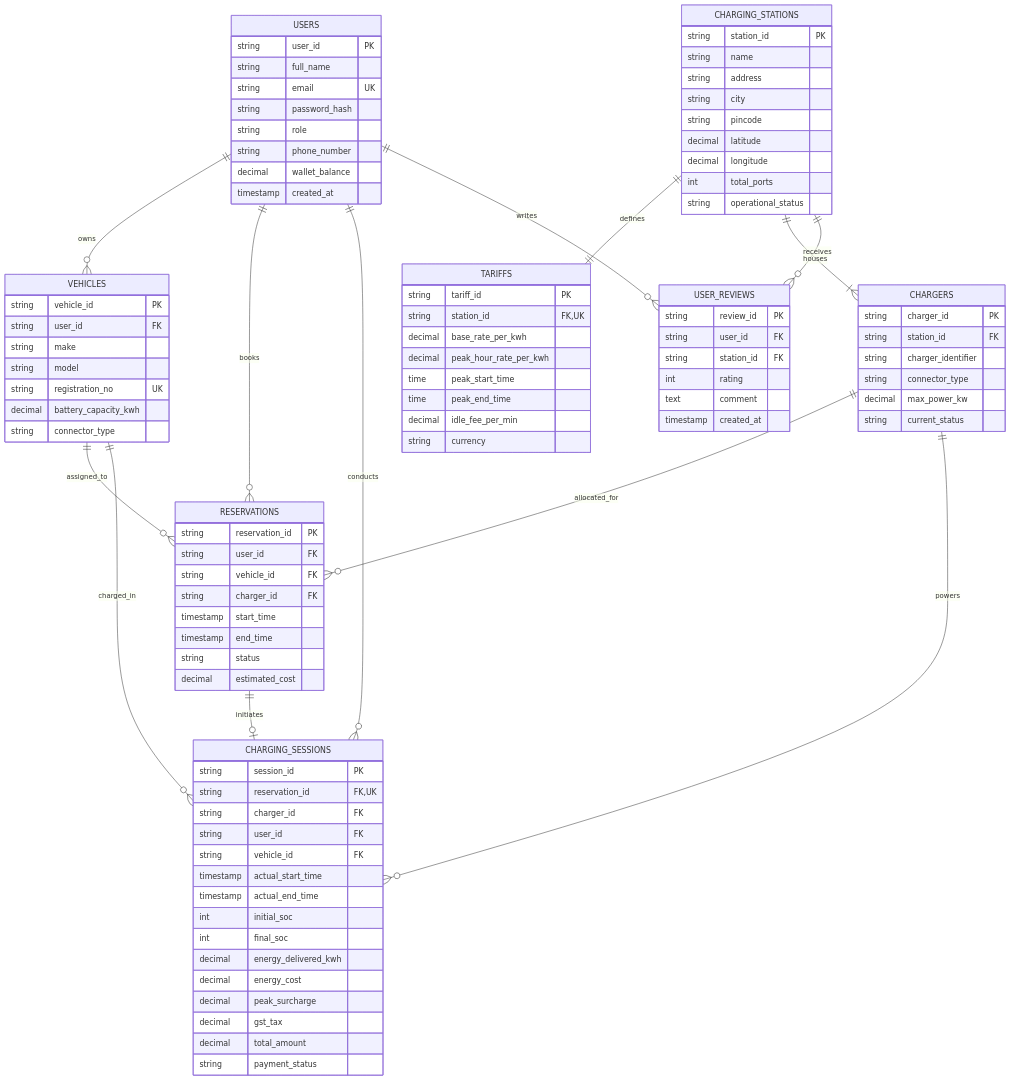
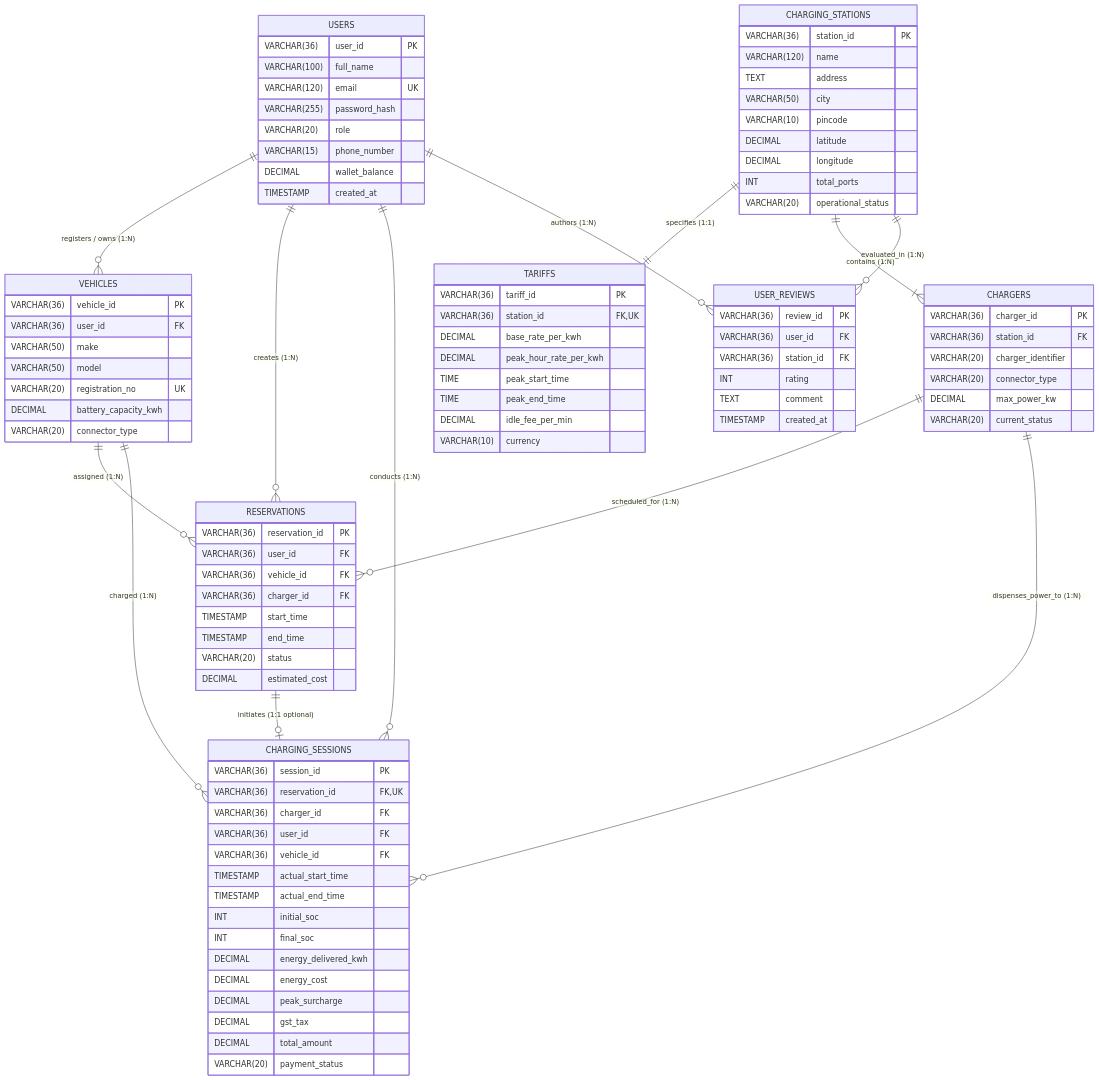
The diagram in docs/PROJECT_REPORT.md (namithkumar2006/VoltReserve-DBMS-Level-3-Project), drawn with Mermaid before and after one commit. The commit also changed other lines of this file, not shown here.

````diff
--- a/docs/PROJECT_REPORT.md
+++ b/docs/PROJECT_REPORT.md
@@ -57,106 +157,110 @@
 ```mermaid
 erDiagram
-    USERS ||--o{ VEHICLES : owns
-    USERS ||--o{ RESERVATIONS : books
-    USERS ||--o{ CHARGING_SESSIONS : conducts
-    USERS ||--o{ USER_REVIEWS : writes
-    CHARGING_STATIONS ||--|| TARIFFS : defines
-    CHARGING_STATIONS ||--|{ CHARGERS : houses
-    CHARGING_STATIONS ||--o{ USER_REVIEWS : receives
-    CHARGERS ||--o{ RESERVATIONS : allocated_for
-    CHARGERS ||--o{ CHARGING_SESSIONS : powers
-    VEHICLES ||--o{ RESERVATIONS : assigned_to
-    VEHICLES ||--o{ CHARGING_SESSIONS : charged_in
-    RESERVATIONS ||--o| CHARGING_SESSIONS : initiates
+    USERS ||--o{ VEHICLES : "registers / owns (1:N)"
+    USERS ||--o{ RESERVATIONS : "creates (1:N)"
+    USERS ||--o{ CHARGING_SESSIONS : "conducts (1:N)"
+    USERS ||--o{ USER_REVIEWS : "authors (1:N)"
+    
+    CHARGING_STATIONS ||--|| TARIFFS : "specifies (1:1)"
+    CHARGING_STATIONS ||--|{ CHARGERS : "contains (1:N)"
+    CHARGING_STATIONS ||--o{ USER_REVIEWS : "evaluated_in (1:N)"
+    
+    CHARGERS ||--o{ RESERVATIONS : "scheduled_for (1:N)"
+    CHARGERS ||--o{ CHARGING_SESSIONS : "dispenses_power_to (1:N)"
+    
+    VEHICLES ||--o{ RESERVATIONS : "assigned (1:N)"
+    VEHICLES ||--o{ CHARGING_SESSIONS : "charged (1:N)"
+    
+    RESERVATIONS ||--o| CHARGING_SESSIONS : "initiates (1:1 optional)"
 
     USERS {
-        string user_id PK
-        string full_name
-        string email UK
-        string password_hash
-        string role
-        string phone_number
-        decimal wallet_balance
-        timestamp created_at
+        VARCHAR(36) user_id PK
+        VARCHAR(100) full_name
+        VARCHAR(120) email UK
+        VARCHAR(255) password_hash
+        VARCHAR(20) role
+        VARCHAR(15) phone_number
+        DECIMAL wallet_balance
+        TIMESTAMP created_at
     }
 
     VEHICLES {
-        string vehicle_id PK
-        string user_id FK
-        string make
-        string model
-        string registration_no UK
-        decimal battery_capacity_kwh
-        string connector_type
+        VARCHAR(36) vehicle_id PK
+        VARCHAR(36) user_id FK
+        VARCHAR(50) make
+        VARCHAR(50) model
+        VARCHAR(20) registration_no UK
+        DECIMAL battery_capacity_kwh
+        VARCHAR(20) connector_type
     }
 
     CHARGING_STATIONS {
-        string station_id PK
-        string name
-        string address
-        string city
-        string pincode
-        decimal latitude
-        decimal longitude
-        int total_ports
-        string operational_status
+        VARCHAR(36) station_id PK
+        VARCHAR(120) name
+        TEXT address
+        VARCHAR(50) city
+        VARCHAR(10) pincode
+        DECIMAL latitude
+        DECIMAL longitude
+        INT total_ports
+        VARCHAR(20) operational_status
     }
 
     TARIFFS {
-        string tariff_id PK
-        string station_id FK, UK
-        decimal base_rate_per_kwh
-        decimal peak_hour_rate_per_kwh
-        time peak_start_time
-        time peak_end_time
-        decimal idle_fee_per_min
-        string currency
+        VARCHAR(36) tariff_id PK
+        VARCHAR(36) station_id FK, UK
+        DECIMAL base_rate_per_kwh
+        DECIMAL peak_hour_rate_per_kwh
+        TIME peak_start_time
+        TIME peak_end_time
+        DECIMAL idle_fee_per_min
+        VARCHAR(10) currency
     }
 
     CHARGERS {
-        string charger_id PK
-        string station_id FK
-        string charger_identifier
-        string connector_type
-        decimal max_power_kw
-        string current_status
+        VARCHAR(36) charger_id PK
+        VARCHAR(36) station_id FK
+        VARCHAR(20) charger_identifier
+        VARCHAR(20) connector_type
+        DECIMAL max_power_kw
+        VARCHAR(20) current_status
     }
 
     RESERVATIONS {
-        string reservation_id PK
-        string user_id FK
-        string vehicle_id FK
-        string charger_id FK
-        timestamp start_time
-        timestamp end_time
-        string status
-        decimal estimated_cost
+        VARCHAR(36) reservation_id PK
+        VARCHAR(36) user_id FK
+        VARCHAR(36) vehicle_id FK
+        VARCHAR(36) charger_id FK
+        TIMESTAMP start_time
+        TIMESTAMP end_time
+        VARCHAR(20) status
+        DECIMAL estimated_cost
     }
 
     CHARGING_SESSIONS {
-        string session_id PK
-        string reservation_id FK, UK
-        string charger_id FK
-        string user_id FK
-        string vehicle_id FK
-        timestamp actual_start_time
-        timestamp actual_end_time
-        int initial_soc
-        int final_soc
-        decimal energy_delivered_kwh
-        decimal energy_cost
-        decimal peak_surcharge
-        decimal gst_tax
-        decimal total_amount
-        string payment_status
+        VARCHAR(36) session_id PK
+        VARCHAR(36) reservation_id FK, UK
+        VARCHAR(36) charger_id FK
+        VARCHAR(36) user_id FK
+        VARCHAR(36) vehicle_id FK
+        TIMESTAMP actual_start_time
+        TIMESTAMP actual_end_time
+        INT initial_soc
+        INT final_soc
+        DECIMAL energy_delivered_kwh
+        DECIMAL energy_cost
+        DECIMAL peak_surcharge
+        DECIMAL gst_tax
+        DECIMAL total_amount
+        VARCHAR(20) payment_status
     }
 
     USER_REVIEWS {
-        string review_id PK
-        string user_id FK
-        string station_id FK
-        int rating
-        text comment
-        timestamp created_at
+        VARCHAR(36) review_id PK
+        VARCHAR(36) user_id FK
+        VARCHAR(36) station_id FK
+        INT rating
+        TEXT comment
+        TIMESTAMP created_at
     }
 ```
````
